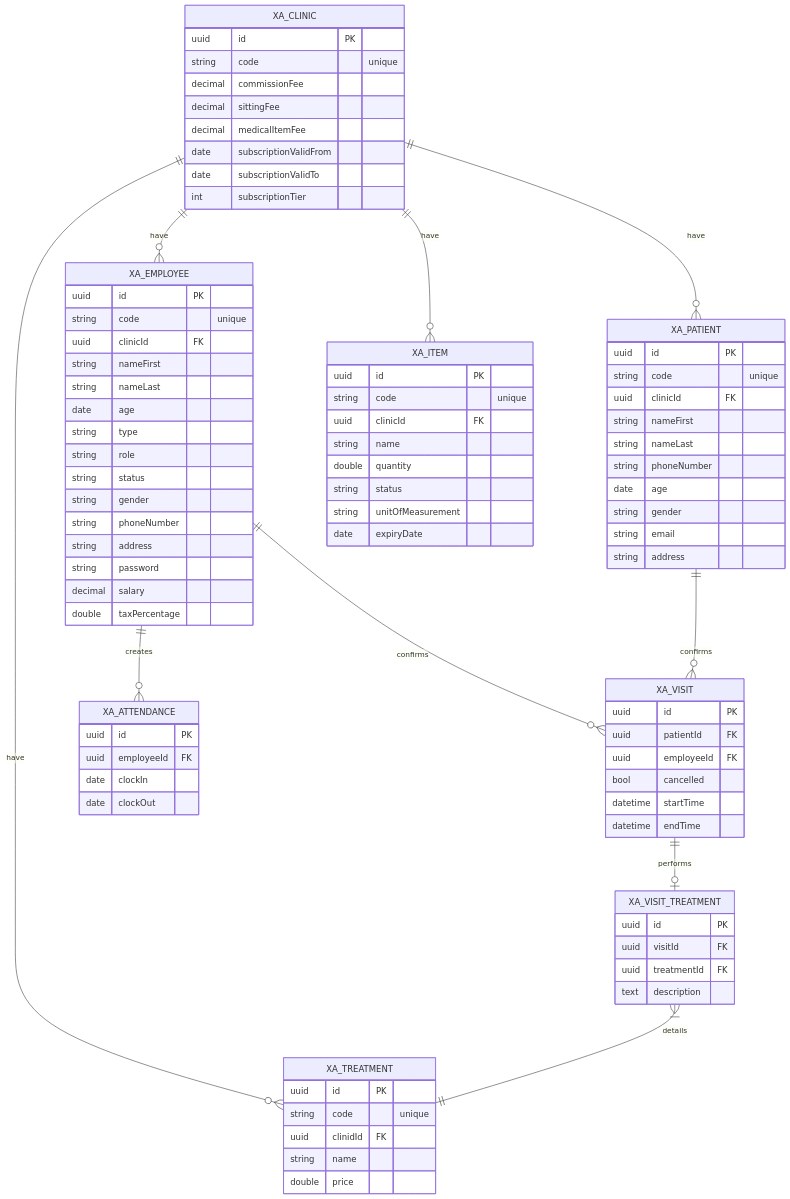
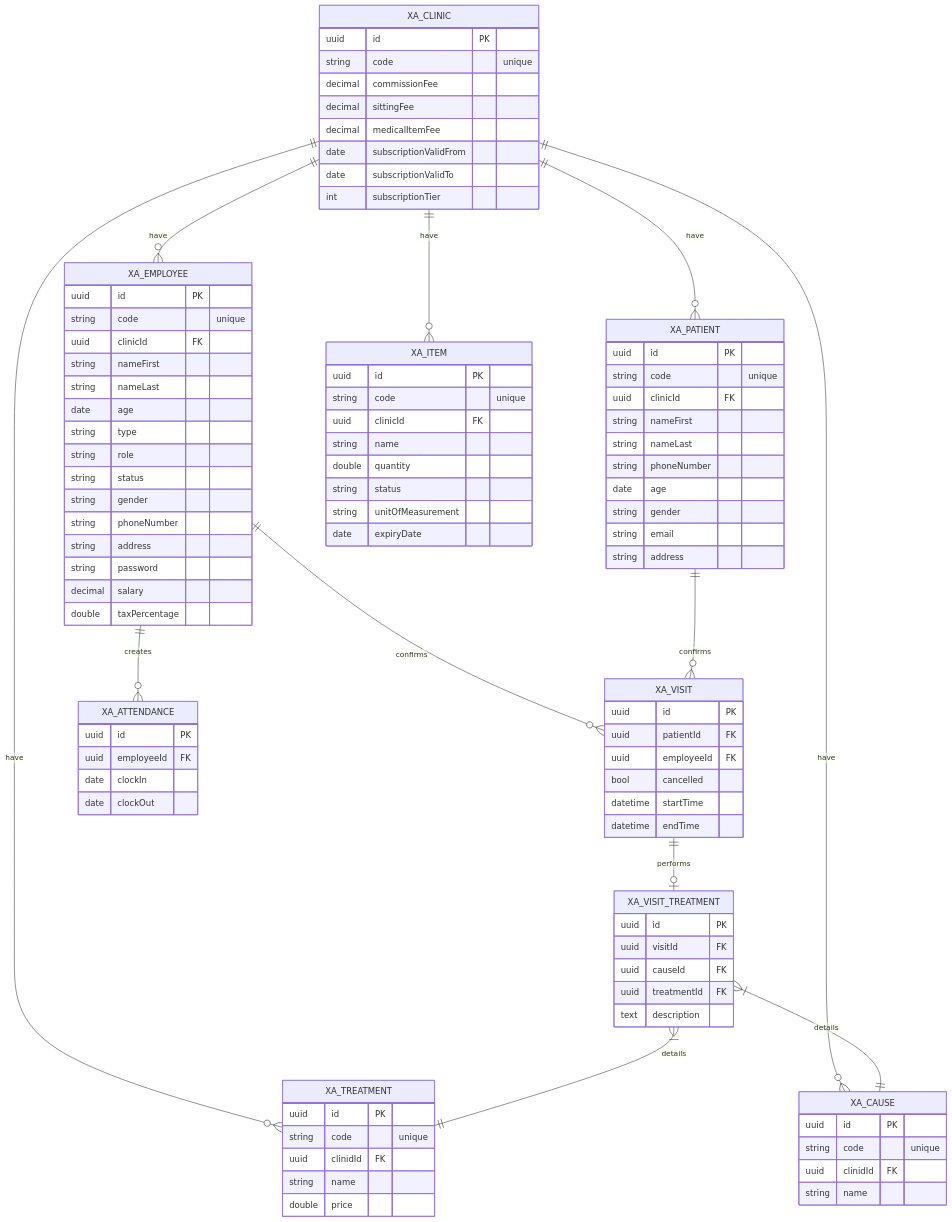
One commit to acemint/x-admin-backend changed the diagram in docs/erd.md. Above: the diagram before and after it, drawn with Mermaid.

Commit message:
add additional table for cause
cause is for the why the doctor is doing the treatment

```diff
--- a/docs/erd.md
+++ b/docs/erd.md
@@ -2,6 +2,7 @@
 erDiagram
     XA_CLINIC ||--o{ XA_EMPLOYEE : have
     XA_CLINIC ||--o{ XA_PATIENT : have
+    XA_CLINIC ||--o{ XA_CAUSE : have
     XA_CLINIC ||--o{ XA_TREATMENT : have
     XA_CLINIC ||--o{ XA_ITEM : have
     XA_EMPLOYEE ||--o{ XA_VISIT : confirms
@@ -9,6 +10,7 @@
     XA_PATIENT ||--o{ XA_VISIT : confirms
     XA_VISIT ||--o| XA_VISIT_TREATMENT : performs
     XA_VISIT_TREATMENT }|--|| XA_TREATMENT : details
+    XA_VISIT_TREATMENT }|--|| XA_CAUSE : details
     
     XA_CLINIC { 
         uuid id PK
@@ -70,6 +72,12 @@
         string name 
         double price
     }
+    XA_CAUSE {
+        uuid id PK
+        string code "unique"
+        uuid clinidId FK
+        string name 
+    }
     XA_ITEM {
         uuid id PK 
         string code "unique"
@@ -83,6 +91,7 @@
     XA_VISIT_TREATMENT {
         uuid id PK
         uuid visitId FK
+        uuid causeId FK
         uuid treatmentId FK
         text description
     }
```
